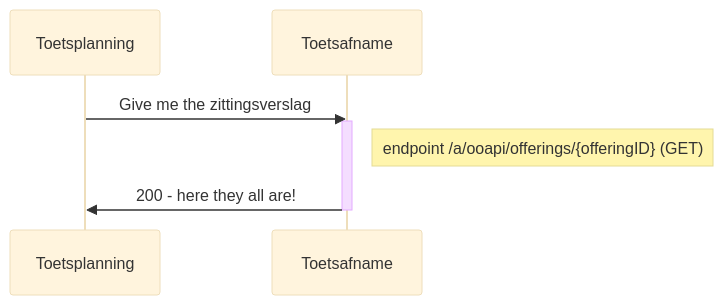
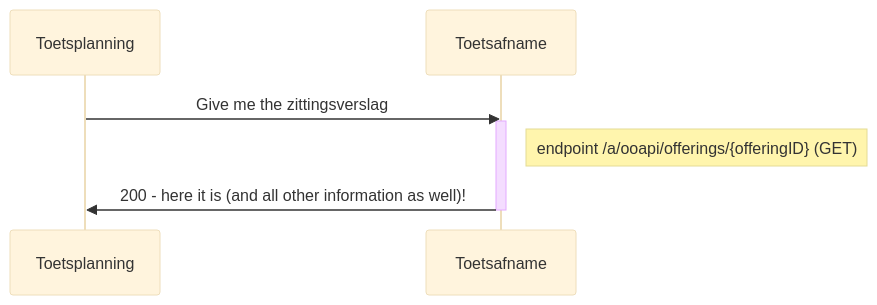
Before and after one commit to NetwerkExamineringDigitalisering/NED-OOAPI: the second of 2 diagrams in doc/diagrams/flow4.md, drawn with Mermaid (base theme). The commit also changed other lines of this file, not shown here.

````diff
--- a/doc/diagrams/flow4.md
+++ b/doc/diagrams/flow4.md
@@ -51,8 +45,8 @@
 ```mermaid
 sequenceDiagram
   Toetsplanning->>Toetsafname: Give me the zittingsverslag
   activate Toetsafname
   Note right of Toetsafname: endpoint /a/ooapi/offerings/{offeringID} (GET)
-  Toetsafname->>Toetsplanning: 200 - here they all are!
+  Toetsafname->>Toetsplanning: 200 - here it is (and all other information as well)!
   deactivate Toetsafname
 ```
````
